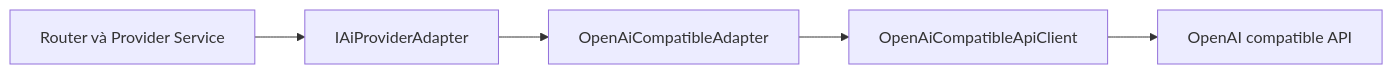
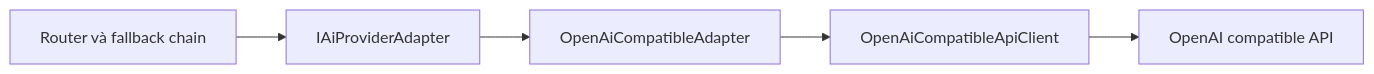
One commit to duchuyn04/LTWNC-English changed the diagram in explain/adapter.md. Above: the diagram before and after it, drawn with Mermaid. The commit also changed other lines of this file and 26 other files, not shown here.

````diff
--- a/explain/adapter.md
+++ b/explain/adapter.md
@@ -98,7 +83,7 @@
 ```mermaid
 flowchart LR
-    A[Router và Provider Service] --> B[IAiProviderAdapter]
+    A[Router và fallback chain] --> B[IAiProviderAdapter]
     B --> C[OpenAiCompatibleAdapter]
     C --> D[OpenAiCompatibleApiClient]
     D --> E[OpenAI compatible API]
 ```
````
